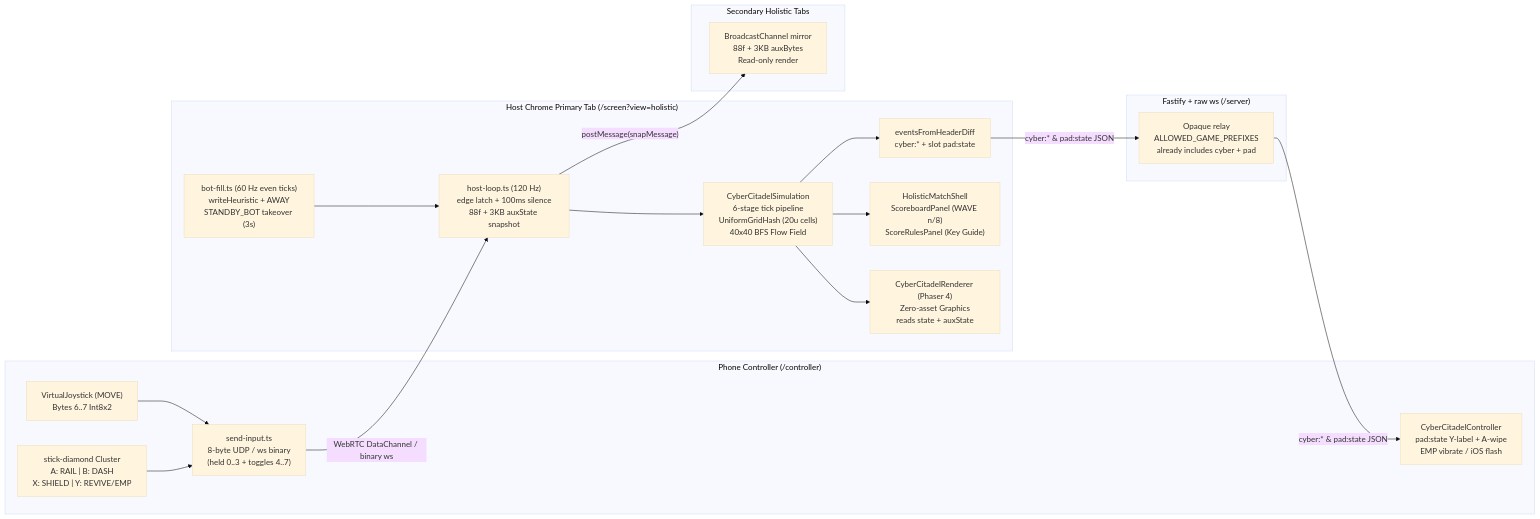
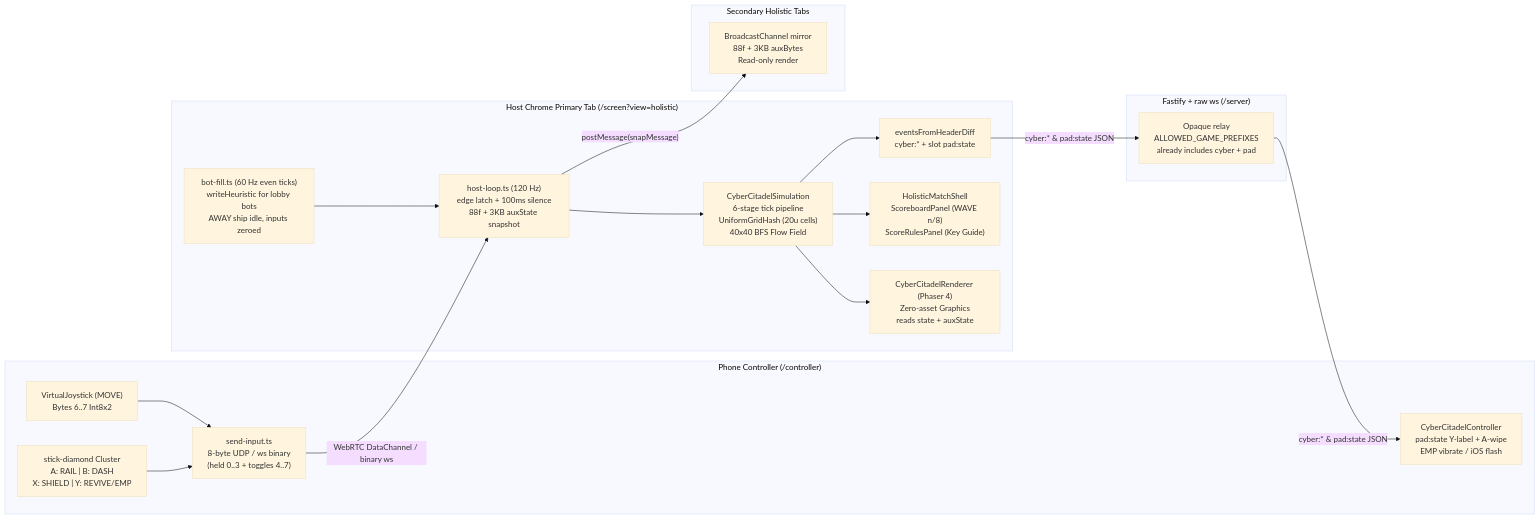
One commit to Hudson-Pufferfish/local-party-console changed the diagram in plans/cyber-citadel-implementation-plan.md. Above: the diagram before and after it, drawn with Mermaid (base theme). The commit also changed other lines of this file, not shown here.

First line of the commit message:
docs(cyber-citadel): align the plan with idle AWAY ships

````diff
--- a/plans/cyber-citadel-implementation-plan.md
+++ b/plans/cyber-citadel-implementation-plan.md
@@ -33,39 +33,39 @@
 ```mermaid
 flowchart LR
   subgraph Phone["Phone Controller (/controller)"]
     Stick["VirtualJoystick (MOVE)<br/>Bytes 6..7 Int8x2"]
     Diamond["stick-diamond Cluster<br/>A: RAIL | B: DASH<br/>X: SHIELD | Y: REVIVE/EMP"]
     Send["send-input.ts<br/>8-byte UDP / ws binary<br/>(held 0..3 + toggles 4..7)"]
     CtrlView["CyberCitadelController<br/>pad:state Y-label + A-wipe<br/>EMP vibrate / iOS flash"]
     Stick --> Send
     Diamond --> Send
   end
 
   subgraph Host["Host Chrome Primary Tab (/screen?view=holistic)"]
     Loop["host-loop.ts (120 Hz)<br/>edge latch + 100ms silence<br/>88f + 3KB auxState snapshot"]
-    Bots["bot-fill.ts (60 Hz even ticks)<br/>writeHeuristic + AWAY<br/>STANDBY_BOT takeover (3s)"]
+    Bots["bot-fill.ts (60 Hz even ticks)<br/>writeHeuristic for lobby bots<br/>AWAY ship idle, inputs zeroed"]
     Sim["CyberCitadelSimulation<br/>6-stage tick pipeline<br/>UniformGridHash (20u cells)<br/>40x40 BFS Flow Field"]
     Events["eventsFromHeaderDiff<br/>cyber:* + slot pad:state"]
     Hud["HolisticMatchShell<br/>ScoreboardPanel (WAVE n/8)<br/>ScoreRulesPanel (Key Guide)"]
     Rend["CyberCitadelRenderer (Phaser 4)<br/>Zero-asset Graphics<br/>reads state + auxState"]
 
     Loop --> Sim
     Bots --> Loop
     Sim --> Events
     Sim --> Hud
     Sim --> Rend
   end
 
   subgraph Relay["Fastify + raw ws (/server)"]
     Ws["Opaque relay<br/>ALLOWED_GAME_PREFIXES<br/>already includes cyber + pad"]
   end
 
   subgraph Mirror["Secondary Holistic Tabs"]
     BC["BroadcastChannel mirror<br/>88f + 3KB auxBytes<br/>Read-only render"]
   end
 
   Send -->|"WebRTC DataChannel / binary ws"| Loop
   Events -->|"cyber:* & pad:state JSON"| Ws
   Ws -->|"cyber:* & pad:state JSON"| CtrlView
   Loop -->|"postMessage(snapMessage)"| BC
 ```
````
